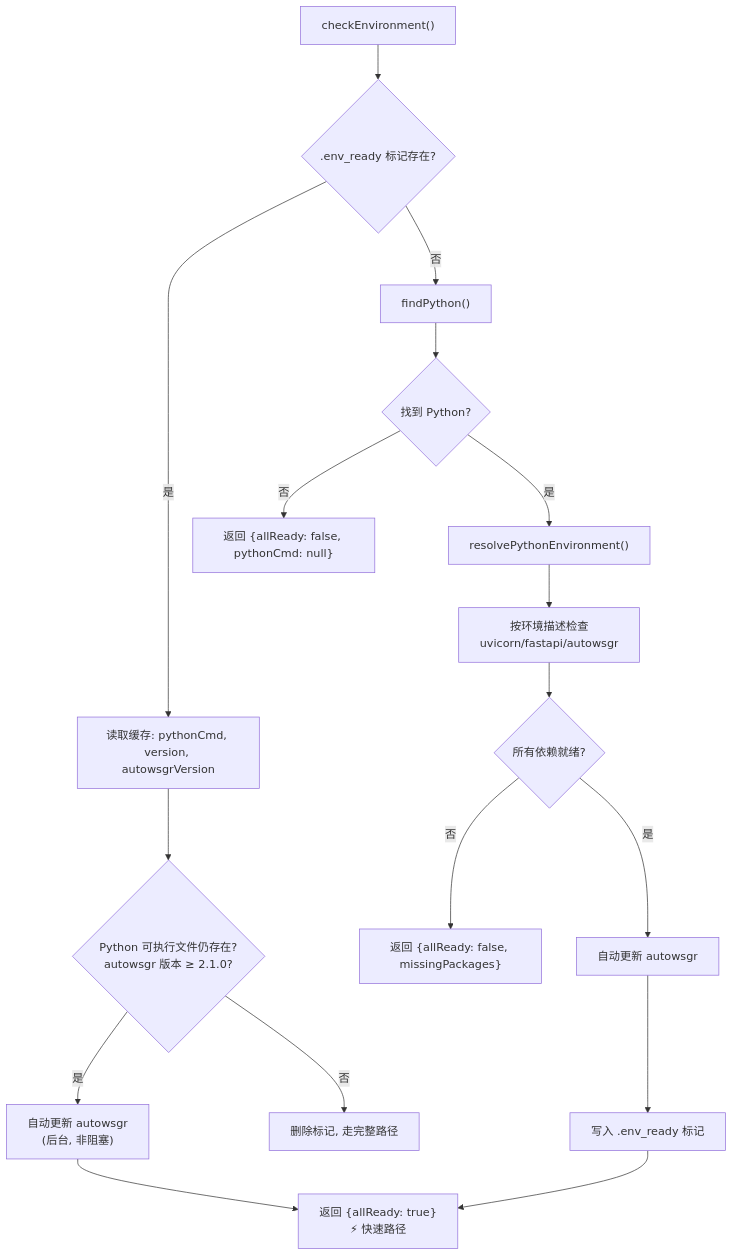
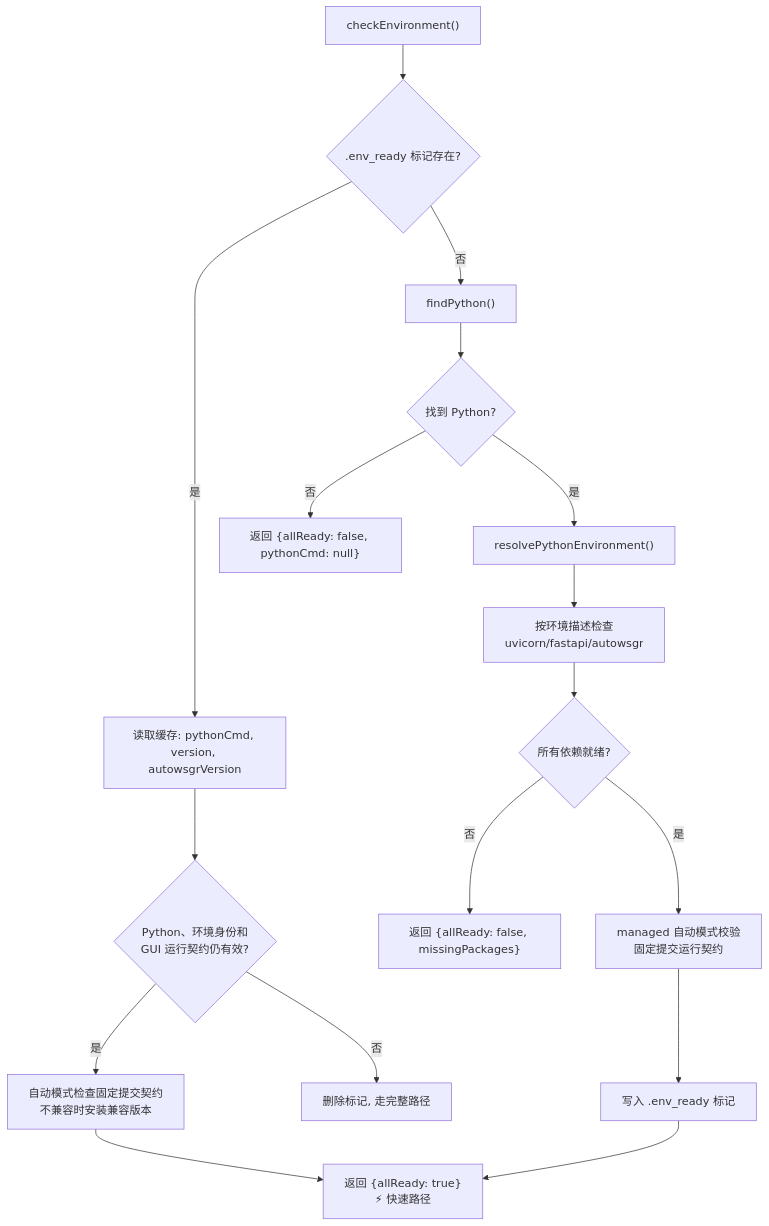
One commit to ShiinaKuroko/AutoWSGR-GUI changed the second of 5 diagrams in docs/architecture/07-environment-management.md. Above: the diagram before and after it, drawn with Mermaid. The commit also changed other lines of this file and 90 other files, not shown here.

````diff
--- a/docs/architecture/07-environment-management.md
+++ b/docs/architecture/07-environment-management.md
@@ -93,20 +93,20 @@
 ```mermaid
 flowchart TD
   A["checkEnvironment()"] --> B{".env_ready 标记存在?"}
   B -->|是| C["读取缓存: pythonCmd, version, autowsgrVersion"]
-  C --> D{"Python 可执行文件仍存在?<br/>autowsgr 版本 ≥ 2.1.0?"}
-  D -->|是| E["自动更新 autowsgr<br/>(后台, 非阻塞)"]
+  C --> D{"Python、环境身份和<br/>GUI 运行契约仍有效?"}
+  D -->|是| E["自动模式检查固定提交契约<br/>不兼容时安装兼容版本"]
   E --> F["返回 {allReady: true}<br/>⚡ 快速路径"]
   D -->|否| G["删除标记, 走完整路径"]
   
   B -->|否| H["findPython()"]
   H --> I{"找到 Python?"}
   I -->|否| J["返回 {allReady: false, pythonCmd: null}"]
   I -->|是| K["resolvePythonEnvironment()"]
   K --> L["按环境描述检查<br/>uvicorn/fastapi/autowsgr"]
   L --> M{"所有依赖就绪?"}
   M -->|否| N["返回 {allReady: false, missingPackages}"]
-  M -->|是| O["自动更新 autowsgr"]
+  M -->|是| O["managed 自动模式校验<br/>固定提交运行契约"]
   O --> P["写入 .env_ready 标记"]
   P --> F
 ```
````
